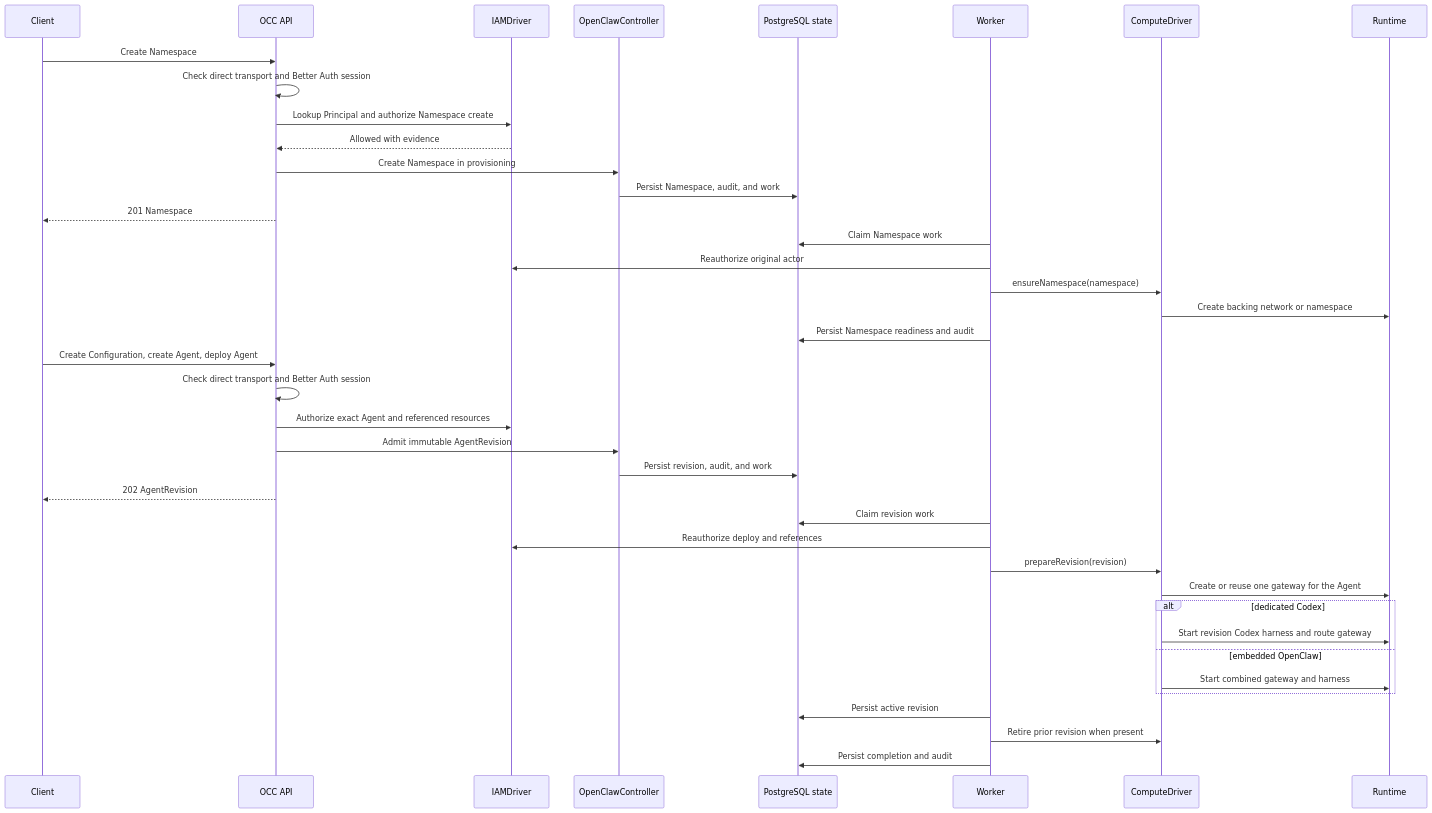
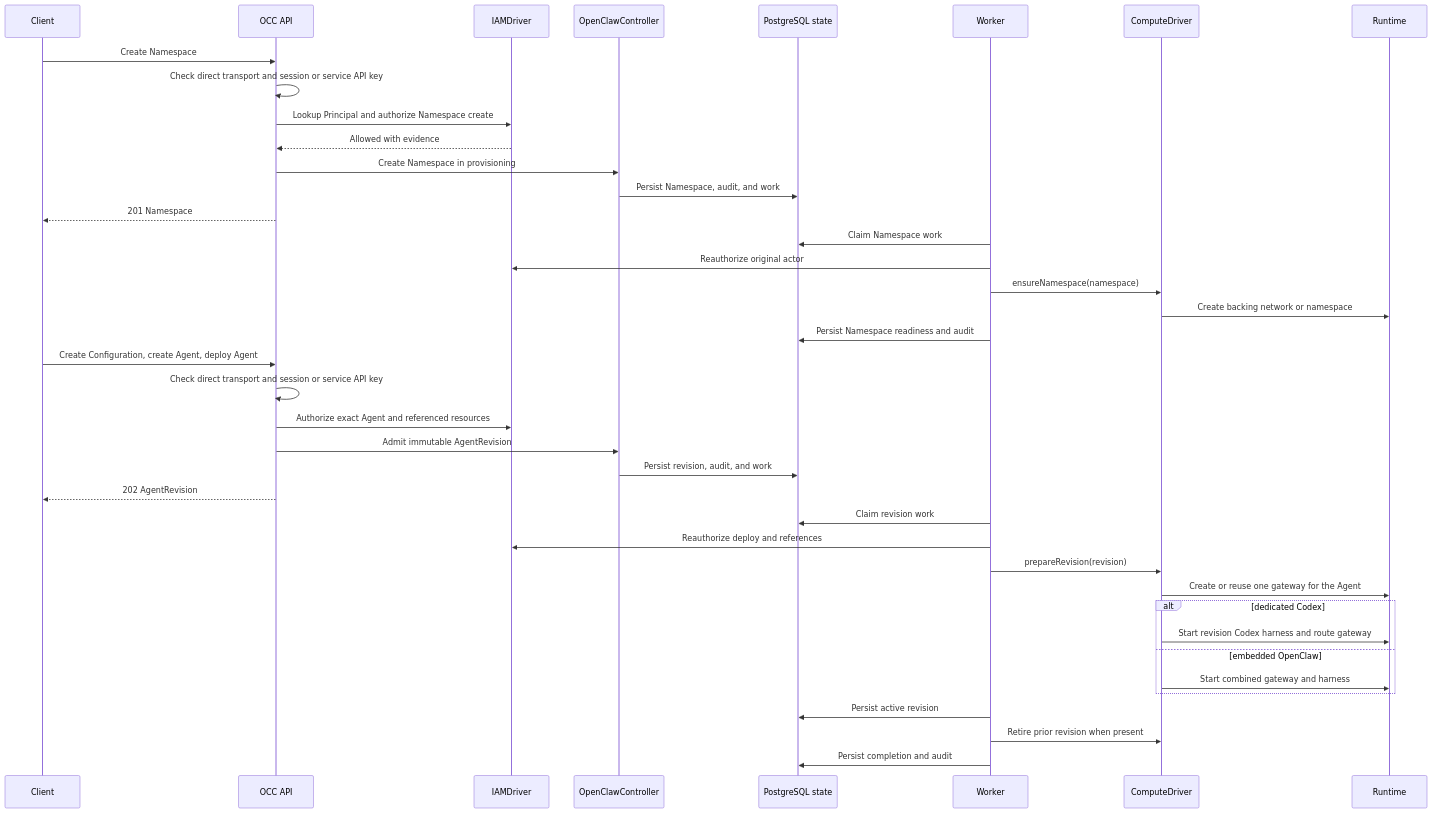
The second of 2 diagrams in docs/ARCHITECTURE.md (SebTardif/openclaw-enterprise), drawn with Mermaid before and after one commit. The commit also changed other lines of this file and 1 other file, not shown here.

Commit message:
docs: align current architecture and runtime qualification boundaries

````diff
--- a/docs/ARCHITECTURE.md
+++ b/docs/ARCHITECTURE.md
@@ -162,43 +167,43 @@
 ```mermaid
 sequenceDiagram
     participant Client
     participant API as OCC API
     participant IAM as IAMDriver
     participant OCC as OpenClawController
     participant DB as PostgreSQL state
     participant Worker
     participant Compute as ComputeDriver
     participant Runtime
 
     Client->>API: Create Namespace
-    API->>API: Check direct transport and Better Auth session
+    API->>API: Check direct transport and session or service API key
     API->>IAM: Lookup Principal and authorize Namespace create
     IAM-->>API: Allowed with evidence
     API->>OCC: Create Namespace in provisioning
     OCC->>DB: Persist Namespace, audit, and work
     API-->>Client: 201 Namespace
     Worker->>DB: Claim Namespace work
     Worker->>IAM: Reauthorize original actor
     Worker->>Compute: ensureNamespace(namespace)
     Compute->>Runtime: Create backing network or namespace
     Worker->>DB: Persist Namespace readiness and audit
 
     Client->>API: Create Configuration, create Agent, deploy Agent
-    API->>API: Check direct transport and Better Auth session
+    API->>API: Check direct transport and session or service API key
     API->>IAM: Authorize exact Agent and referenced resources
     API->>OCC: Admit immutable AgentRevision
     OCC->>DB: Persist revision, audit, and work
     API-->>Client: 202 AgentRevision
     Worker->>DB: Claim revision work
     Worker->>IAM: Reauthorize deploy and references
     Worker->>Compute: prepareRevision(revision)
     Compute->>Runtime: Create or reuse one gateway for the Agent
     alt dedicated Codex
         Compute->>Runtime: Start revision Codex harness and route gateway
     else embedded OpenClaw
         Compute->>Runtime: Start combined gateway and harness
     end
     Worker->>DB: Persist active revision
     Worker->>Compute: Retire prior revision when present
     Worker->>DB: Persist completion and audit
 ```
````
